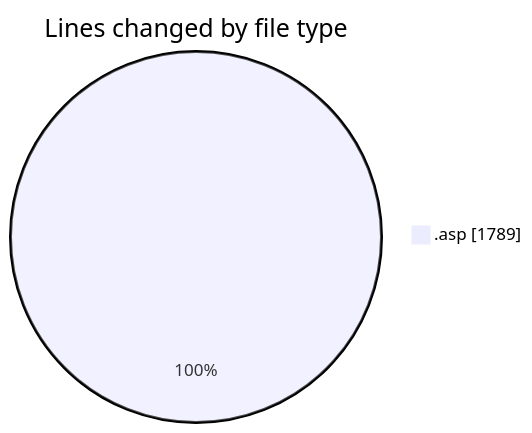
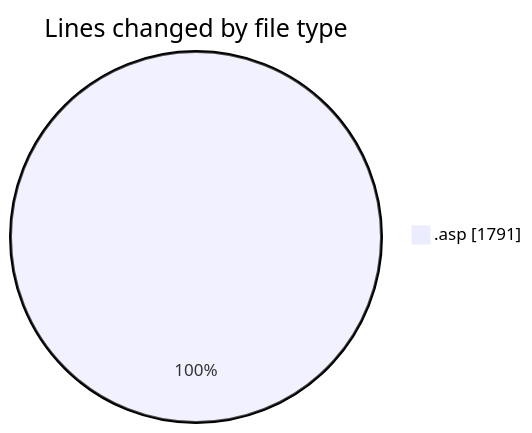
Before and after one commit to julien-gomy/code-tracking: the first of 2 diagrams in 2025-10-14/usr_aleoudev_fr__workspace_/README.md, drawn with Mermaid. The commit also changed other lines of this file and 1 other file, not shown here.

````diff
--- a/2025-10-14/usr_aleoudev_fr__workspace_/README.md
+++ b/2025-10-14/usr_aleoudev_fr__workspace_/README.md
@@ -20,5 +20,5 @@
 ```mermaid
 pie showData
 title Lines changed by file type
-".asp" : 1789
+".asp" : 1791
 ```
````
